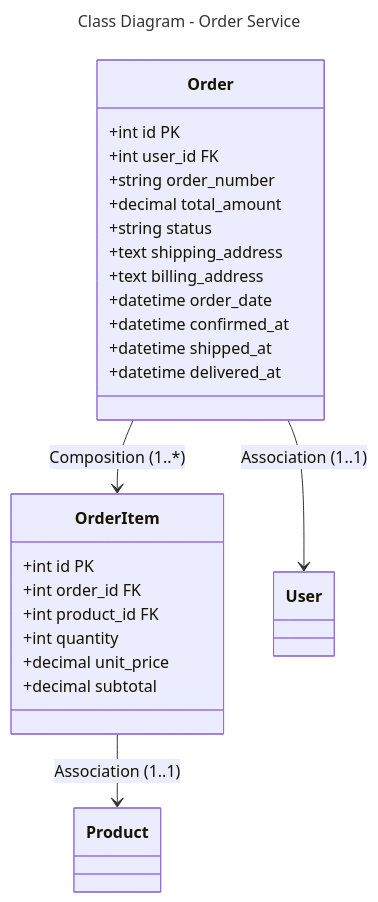
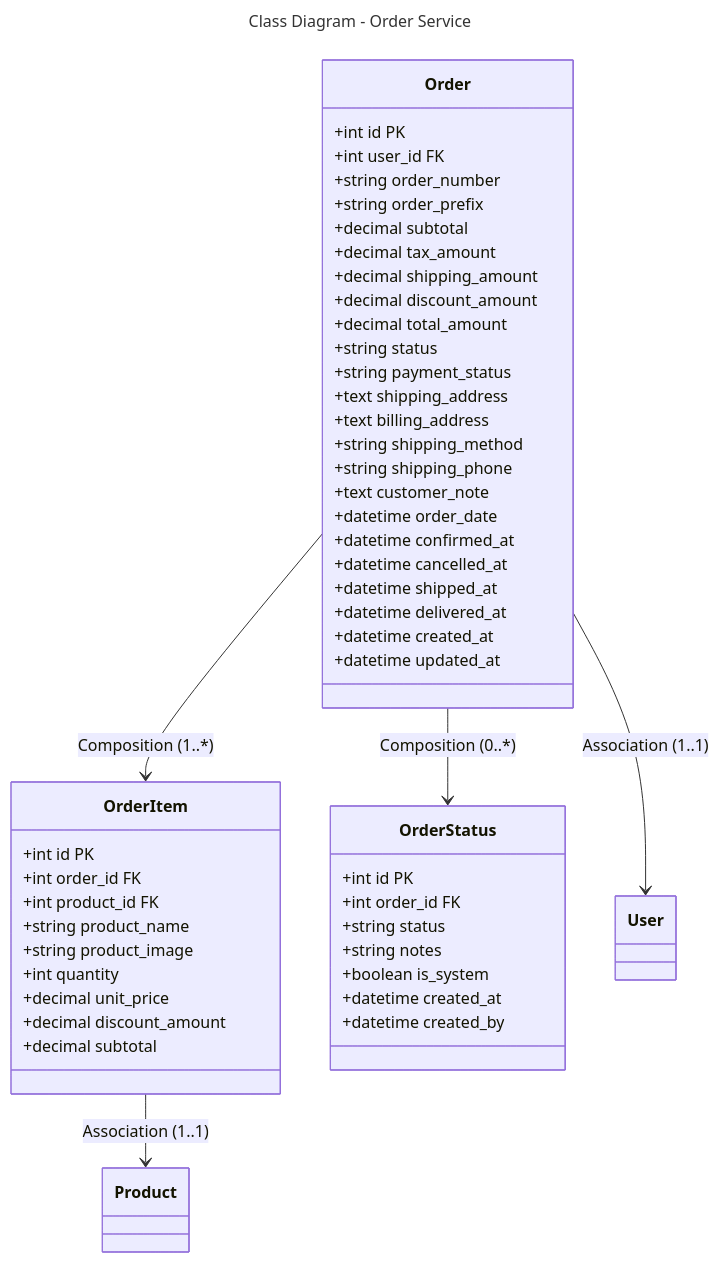
Before and after one commit to Trannaaanhh/ecom: the diagram in docs/diagrams/class/order-service.md, drawn with Mermaid. The commit also changed other lines of this file and 10 other files, not shown here.

Commit message:
update diagrams

````diff
--- a/docs/diagrams/class/order-service.md
+++ b/docs/diagrams/class/order-service.md
@@ -1,32 +1,58 @@
 ```mermaid
 ---
 title: Class Diagram - Order Service
 ---
 classDiagram
     class Order {
         +int id PK
         +int user_id FK
         +string order_number
+        +string order_prefix
+        +decimal subtotal
+        +decimal tax_amount
+        +decimal shipping_amount
+        +decimal discount_amount
         +decimal total_amount
         +string status
+        +string payment_status
         +text shipping_address
         +text billing_address
+        +string shipping_method
+        +string shipping_phone
+        +text customer_note
         +datetime order_date
         +datetime confirmed_at
+        +datetime cancelled_at
         +datetime shipped_at
         +datetime delivered_at
+        +datetime created_at
+        +datetime updated_at
     }
     
     class OrderItem {
         +int id PK
         +int order_id FK
         +int product_id FK
+        +string product_name
+        +string product_image
         +int quantity
         +decimal unit_price
+        +decimal discount_amount
         +decimal subtotal
     }
     
+    class OrderStatus {
+        +int id PK
+        +int order_id FK
+        +string status
+        +string notes
+        +boolean is_system
+        +datetime created_at
+        +datetime created_by
+    }
+    
     Order --> OrderItem : Composition (1..*)
+    Order --> OrderStatus : Composition (0..*)
     Order --> User : Association (1..1)
     OrderItem --> Product : Association (1..1)
 ```
````
